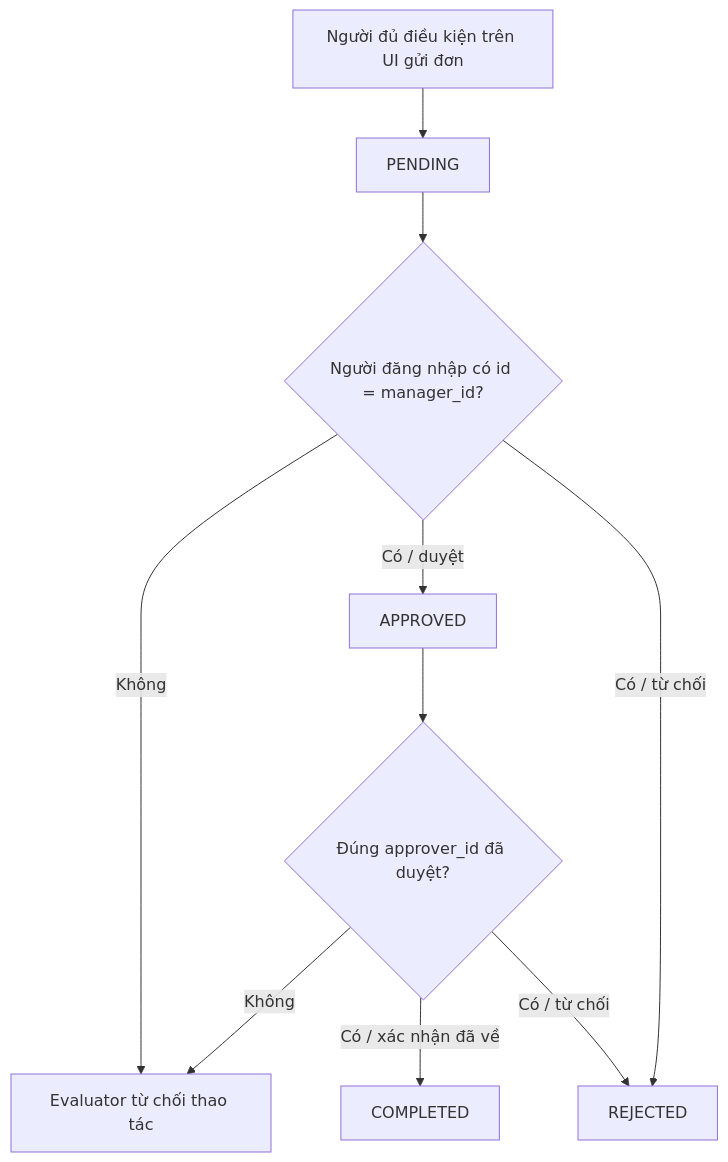
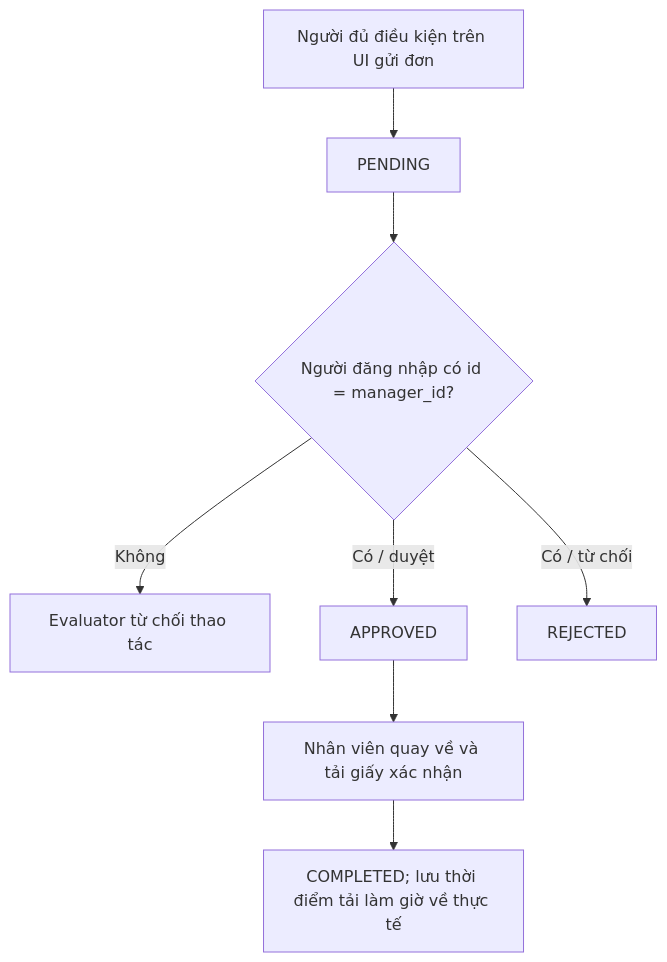
Before and after one commit to hoangdm-TTV/quan-ly-nghi-phep: the second of 2 diagrams in README.md, drawn with Mermaid. The commit also changed other lines of this file and 21 other files, not shown here.

````diff
--- a/README.md
+++ b/README.md
@@ -82,12 +84,10 @@
 ```mermaid
 flowchart TD
     A[Người đủ điều kiện trên UI gửi đơn] --> B[PENDING]
     B --> C{Người đăng nhập có id = manager_id?}
     C -- Không --> X[Evaluator từ chối thao tác]
     C -- Có / duyệt --> D[APPROVED]
     C -- Có / từ chối --> R[REJECTED]
-    D --> E{Đúng approver_id đã duyệt?}
-    E -- Không --> X
-    E -- Có / xác nhận đã về --> F[COMPLETED]
-    E -- Có / từ chối --> R
+    D --> E[Nhân viên quay về và tải giấy xác nhận]
+    E --> F[COMPLETED; lưu thời điểm tải làm giờ về thực tế]
 ```
````
